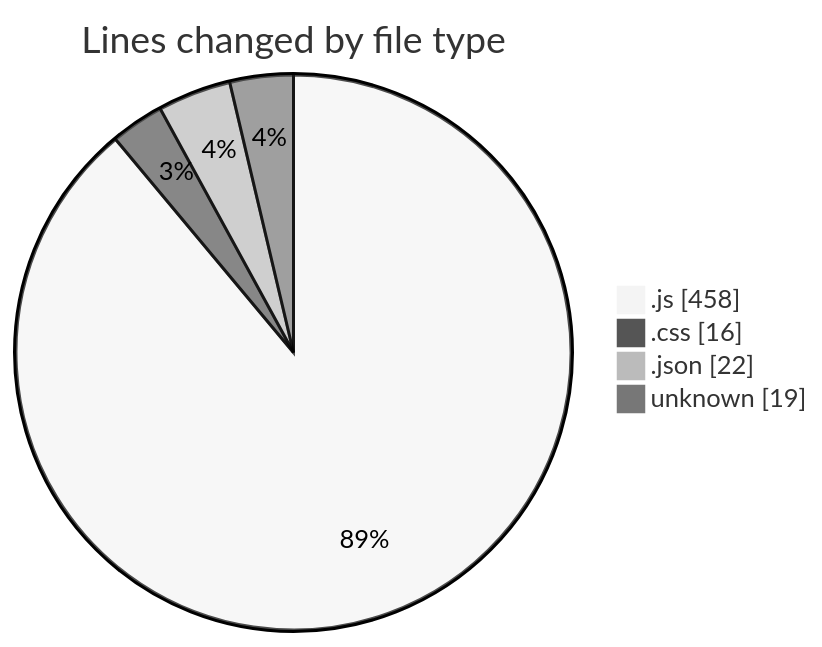
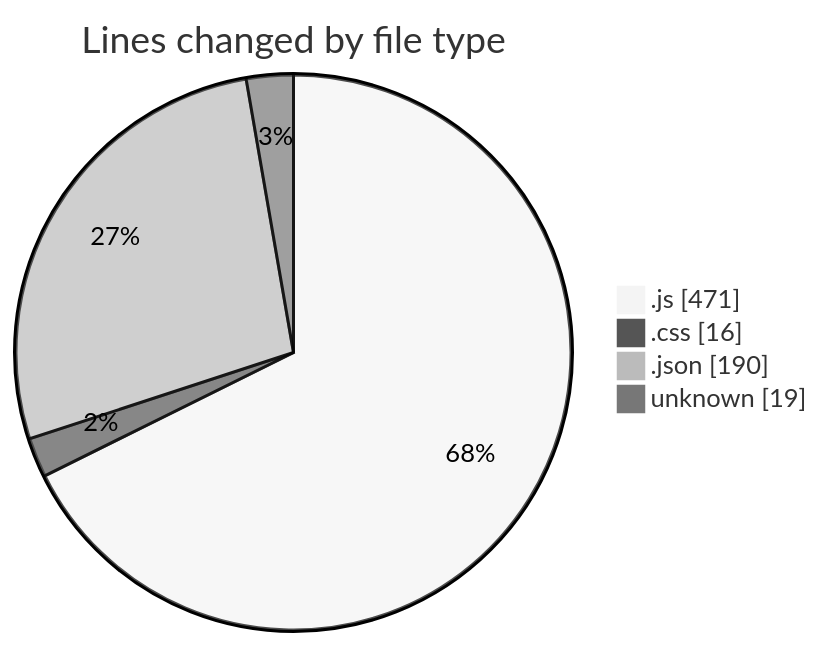
The first of 2 diagrams in 2025-09-17/quytuthien_vn/README.md (lephambinh05/code-tracking), drawn with Mermaid (neutral theme) before and after one commit. The commit also changed other lines of this file and 1 other file, not shown here.

````diff
--- a/2025-09-17/quytuthien_vn/README.md
+++ b/2025-09-17/quytuthien_vn/README.md
@@ -30,8 +38,8 @@
 ```mermaid
 pie showData
 title Lines changed by file type
-".js" : 458
+".js" : 471
 ".css" : 16
-".json" : 22
+".json" : 190
 "unknown" : 19
 ```
````
